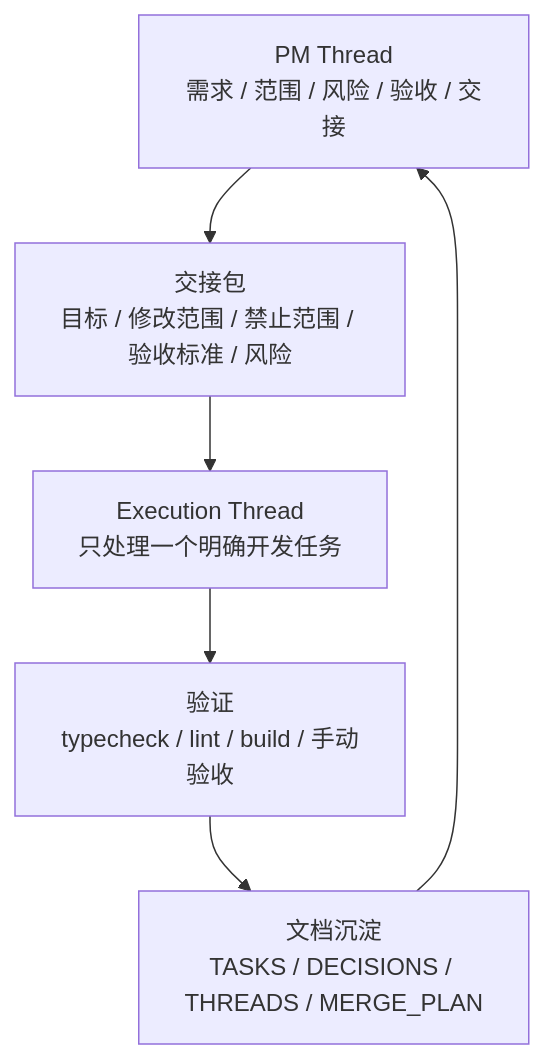
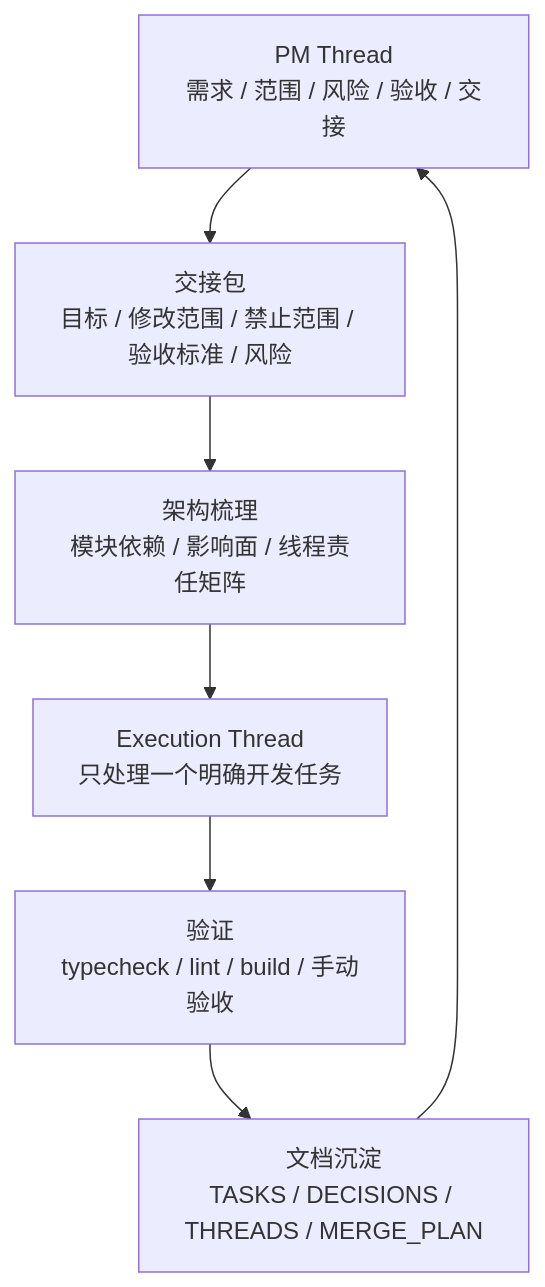
Before and after one commit to btcys/chengying-codex-skill-pack: the second of 3 diagrams in README.md, drawn with Mermaid. The commit also changed other lines of this file, not shown here.

Commit message:
docs: document architecture impact workflow

````diff
--- a/README.md
+++ b/README.md
@@ -49,8 +50,9 @@
 ```mermaid
 flowchart TB
   PM[PM Thread<br/>需求 / 范围 / 风险 / 验收 / 交接] --> Handoff[交接包<br/>目标 / 修改范围 / 禁止范围 / 验收标准 / 风险]
-  Handoff --> Exec[Execution Thread<br/>只处理一个明确开发任务]
+  Handoff --> Arch[架构梳理<br/>模块依赖 / 影响面 / 线程责任矩阵]
+  Arch --> Exec[Execution Thread<br/>只处理一个明确开发任务]
   Exec --> Verify[验证<br/>typecheck / lint / build / 手动验收]
   Verify --> Docs[文档沉淀<br/>TASKS / DECISIONS / THREADS / MERGE_PLAN]
   Docs --> PM
 ```
````
